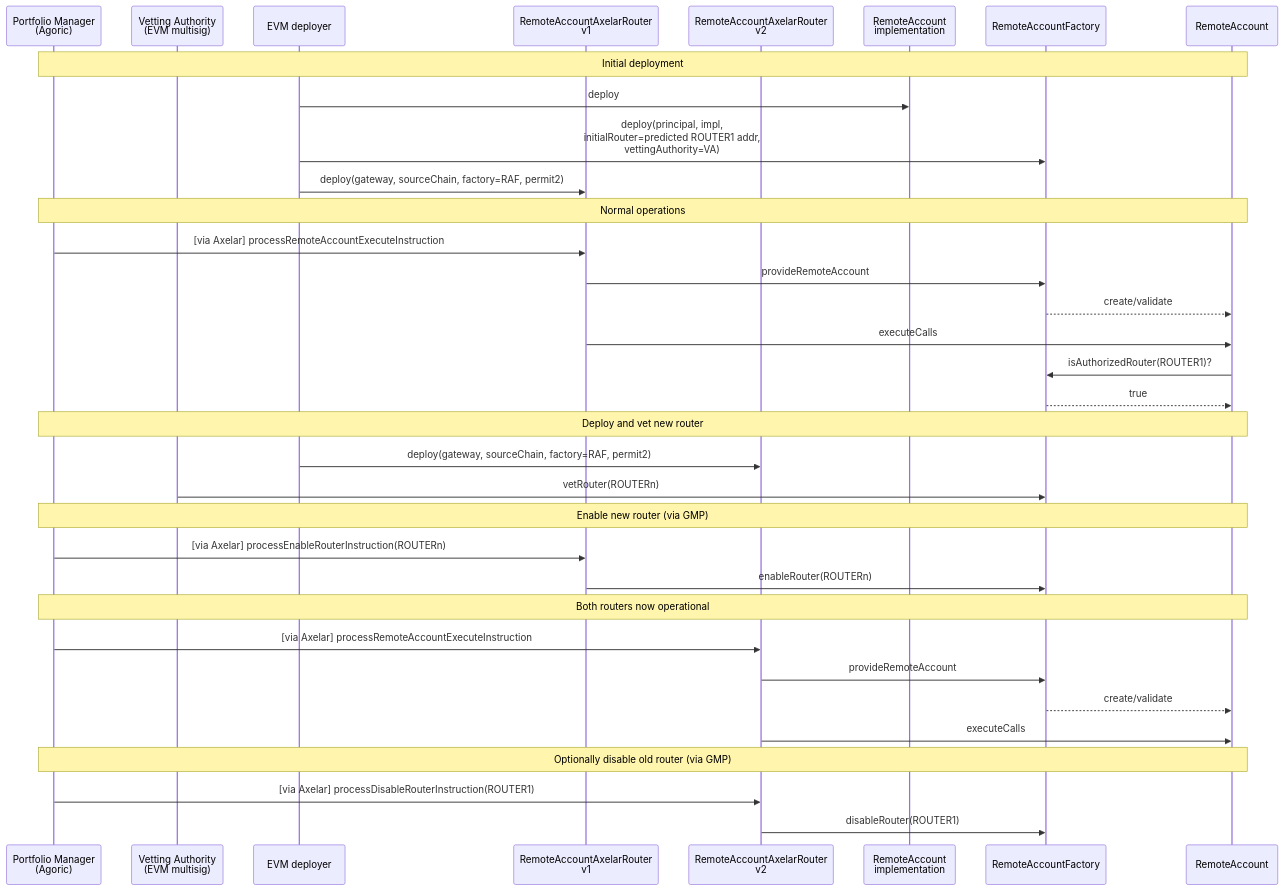
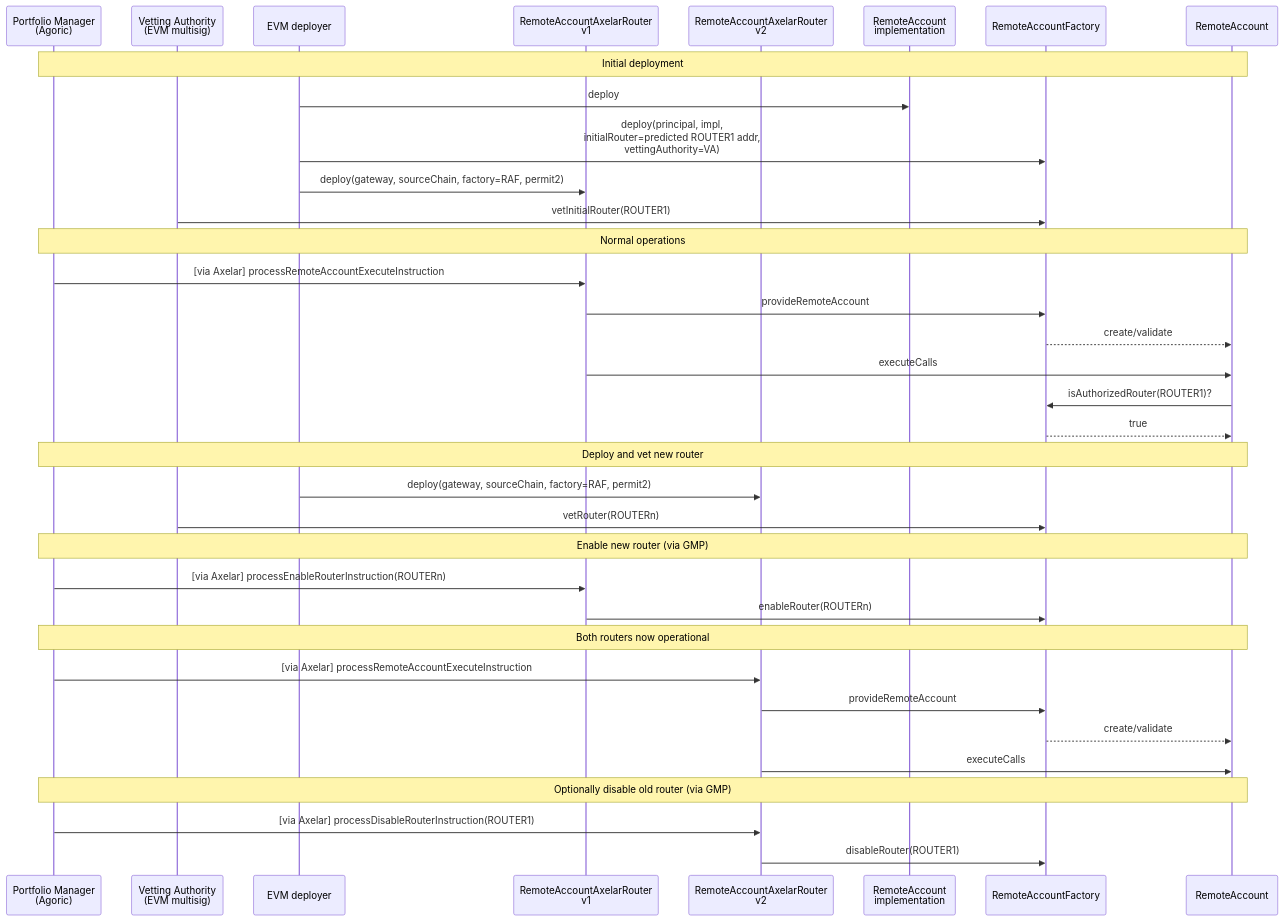
Before and after one commit to agoric-labs/agoric-to-axelar-local: the tenth of 10 diagrams in packages/axelar-local-dev-cosmos/src/contracts/design.md, drawn with Mermaid. The commit also changed other lines of this file and 8 other files, not shown here.

````diff
--- a/packages/axelar-local-dev-cosmos/src/contracts/design.md
+++ b/packages/axelar-local-dev-cosmos/src/contracts/design.md
@@ -616,42 +668,43 @@
 ```mermaid
 sequenceDiagram
     participant PM as Portfolio Manager<br>(Agoric)
     participant VA as Vetting Authority<br>(EVM multisig)
     participant EVM_DEPLOYER as EVM deployer
     participant ROUTER1 as RemoteAccountAxelarRouter<br>v1
     participant ROUTERn as RemoteAccountAxelarRouter<br>v2
     participant IMP as RemoteAccount<br>implementation
     participant RAF as RemoteAccountFactory
     participant RA as RemoteAccount
 
     Note over PM,RA: Initial deployment
     EVM_DEPLOYER->>IMP: deploy
     EVM_DEPLOYER->>RAF: deploy(principal, impl,<br>initialRouter=predicted ROUTER1 addr,<br>vettingAuthority=VA)
     EVM_DEPLOYER->>ROUTER1: deploy(gateway, sourceChain, factory=RAF, permit2)
+    VA->>RAF: vetInitialRouter(ROUTER1)
 
     Note over PM,RA: Normal operations
     PM->>ROUTER1: [via Axelar] processRemoteAccountExecuteInstruction
     ROUTER1->>RAF: provideRemoteAccount
     RAF-->>RA: create/validate
     ROUTER1->>RA: executeCalls
     RA->>RAF: isAuthorizedRouter(ROUTER1)?
     RAF-->>RA: true
 
     Note over PM,RA: Deploy and vet new router
     EVM_DEPLOYER->>ROUTERn: deploy(gateway, sourceChain, factory=RAF, permit2)
     VA->>RAF: vetRouter(ROUTERn)
 
     Note over PM,RA: Enable new router (via GMP)
     PM->>ROUTER1: [via Axelar] processEnableRouterInstruction(ROUTERn)
     ROUTER1->>RAF: enableRouter(ROUTERn)
 
     Note over PM,RA: Both routers now operational
     PM->>ROUTERn: [via Axelar] processRemoteAccountExecuteInstruction
     ROUTERn->>RAF: provideRemoteAccount
     RAF-->>RA: create/validate
     ROUTERn->>RA: executeCalls
 
     Note over PM,RA: Optionally disable old router (via GMP)
     PM->>ROUTERn: [via Axelar] processDisableRouterInstruction(ROUTER1)
     ROUTERn->>RAF: disableRouter(ROUTER1)
 ```
````
